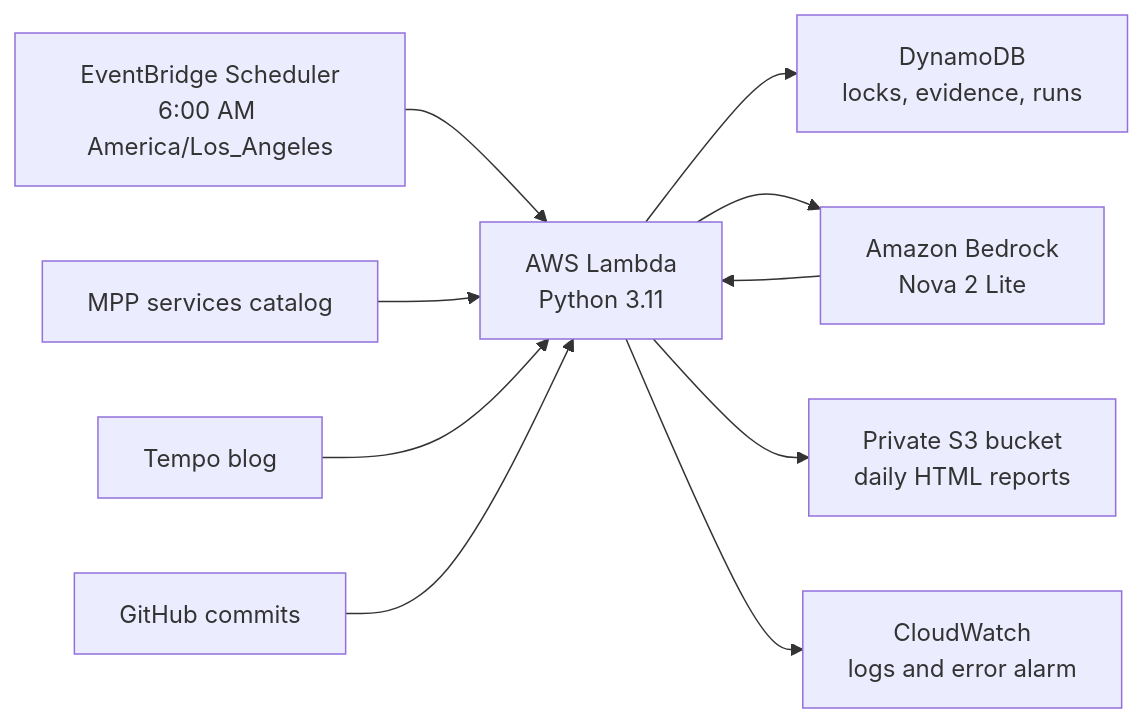
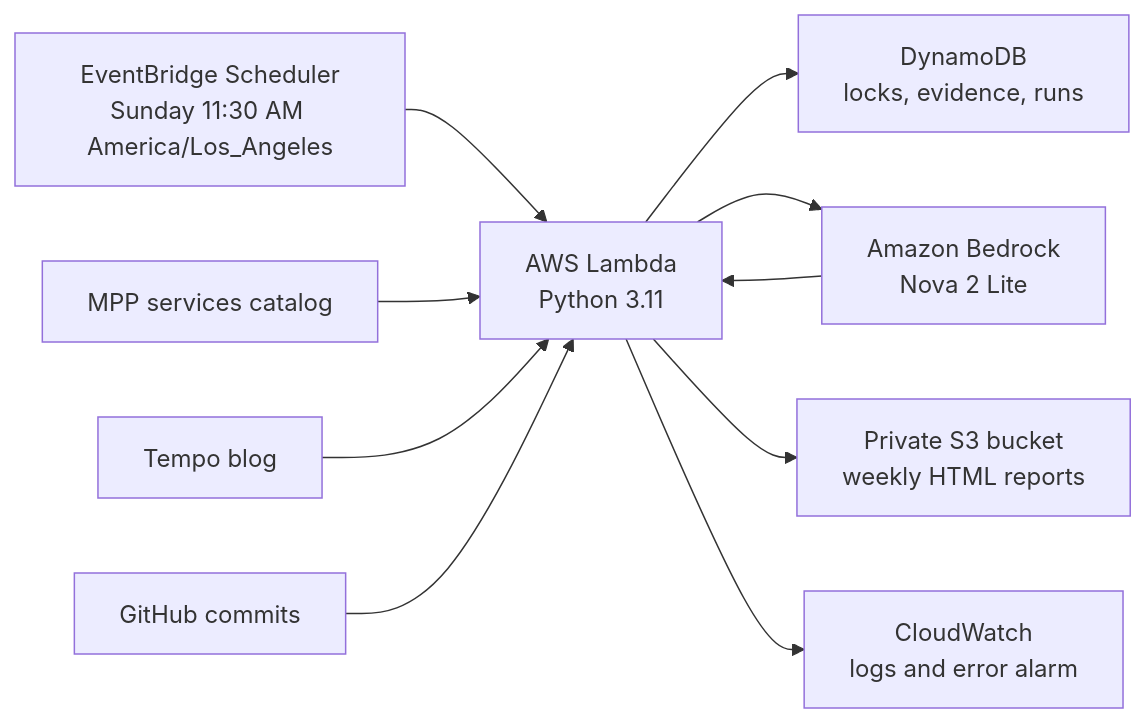
Before and after one commit to schwentker/mpp-pulse: the diagram in README.md, drawn with Mermaid. The commit also changed other lines of this file and 5 other files, not shown here.

Commit message:
Send weekly seven-day MPP Pulse reports

````diff
--- a/README.md
+++ b/README.md
@@ -59,12 +59,12 @@
 ```mermaid
 flowchart LR
-    A["EventBridge Scheduler<br/>6:00 AM America/Los_Angeles"] --> B["AWS Lambda<br/>Python 3.11"]
+    A["EventBridge Scheduler<br/>Sunday 11:30 AM America/Los_Angeles"] --> B["AWS Lambda<br/>Python 3.11"]
     C["MPP services catalog"] --> B
     D["Tempo blog"] --> B
     E["GitHub commits"] --> B
     B --> F["DynamoDB<br/>locks, evidence, runs"]
     B --> G["Amazon Bedrock<br/>Nova 2 Lite"]
     G --> B
-    B --> H["Private S3 bucket<br/>daily HTML reports"]
+    B --> H["Private S3 bucket<br/>weekly HTML reports"]
     B --> I["CloudWatch<br/>logs and error alarm"]
 ```
````
